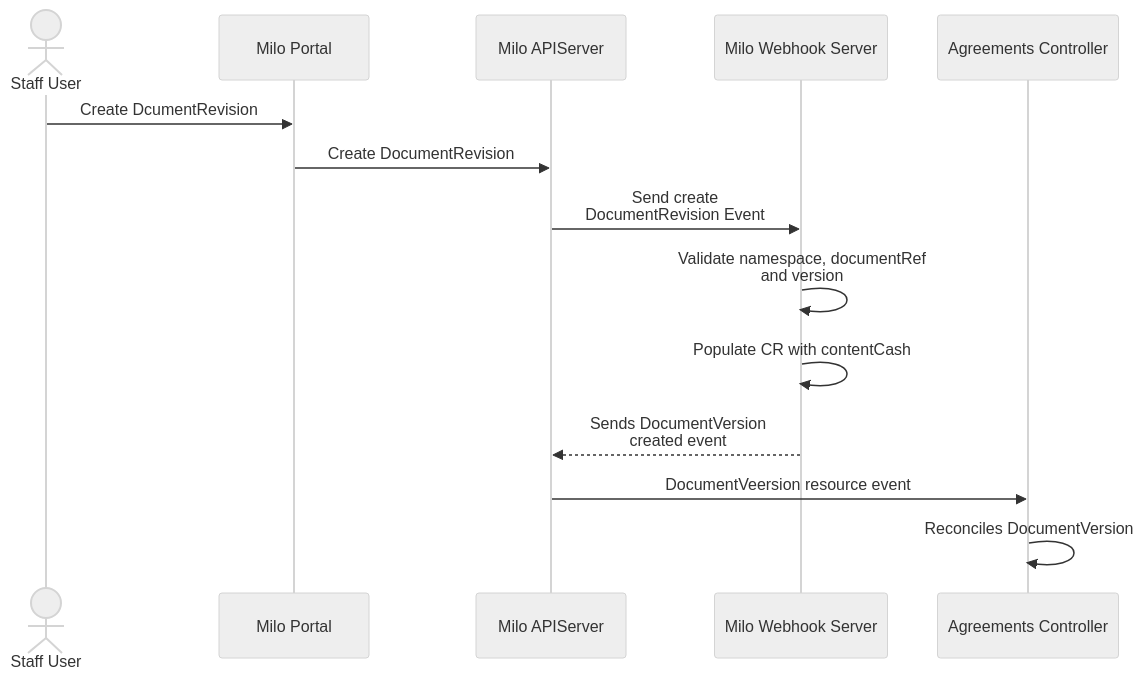
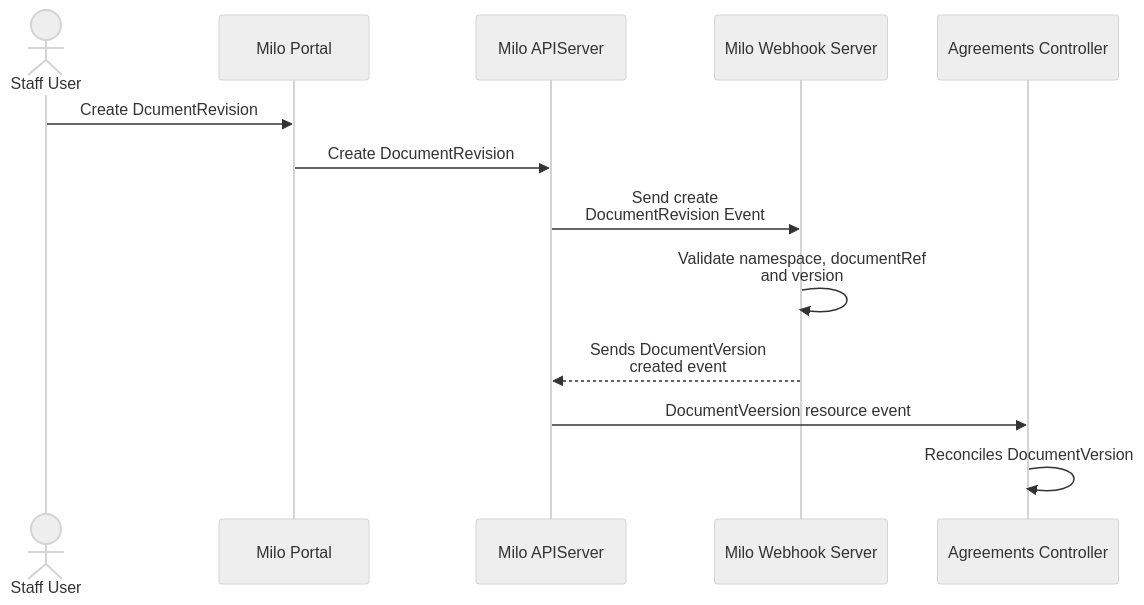
The second of 3 diagrams in enhancements/platform/agreement/README.md (datum-cloud/enhancements), drawn with Mermaid (neutral theme) before and after one commit. The commit also changed other lines of this file, not shown here.

Commit message:
Update README for Agreements System: move contentHash to status and clarify hash computation process

````diff
--- a/enhancements/platform/agreement/README.md
+++ b/enhancements/platform/agreement/README.md
@@ -165,17 +165,16 @@
 ```mermaid
 sequenceDiagram
     actor user as Staff User
     participant portal as Milo Portal
     participant apiserver as Milo APIServer
     participant webhook as Milo Webhook Server
     participant controller as Agreements Controller
 
     user ->> portal: Create DcumentRevision
     portal ->> apiserver: Create DocumentRevision
     apiserver ->> webhook: Send create <br/> DocumentRevision Event
     webhook ->> webhook: Validate namespace, documentRef <br/> and version
-    webhook ->> webhook: Populate CR with contentCash
     webhook -->> apiserver: Sends DocumentVersion <br/> created event
     apiserver ->> controller: DocumentVeersion resource event
     controller ->> controller: Reconciles DocumentVersion
 ```
````
